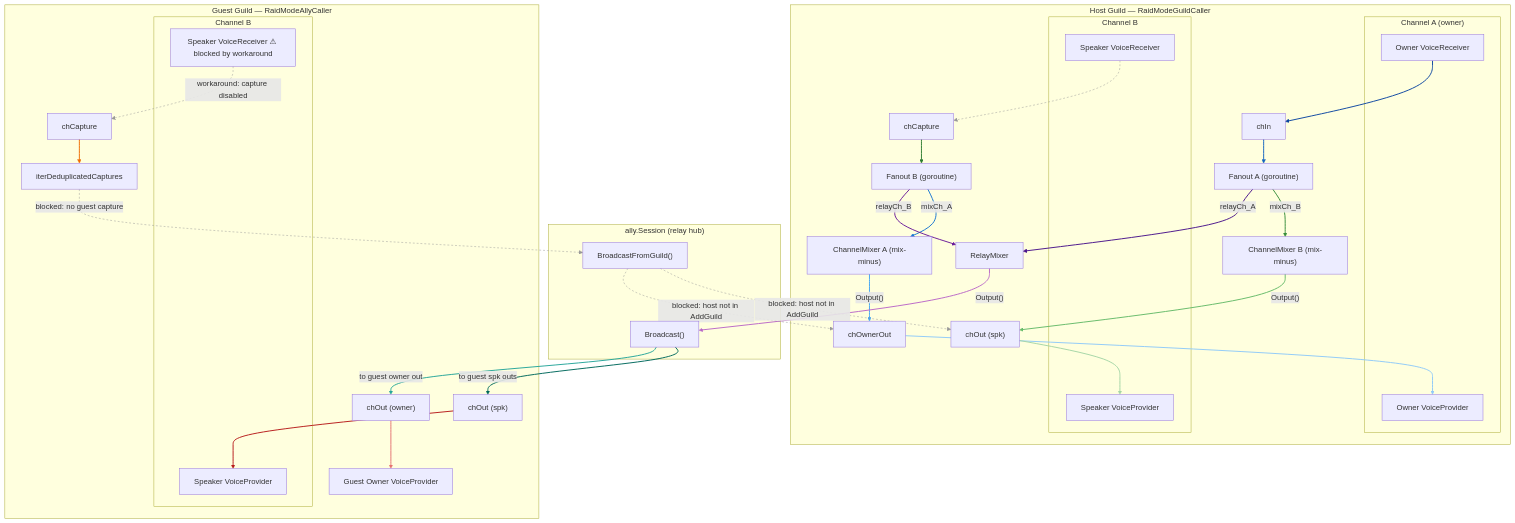
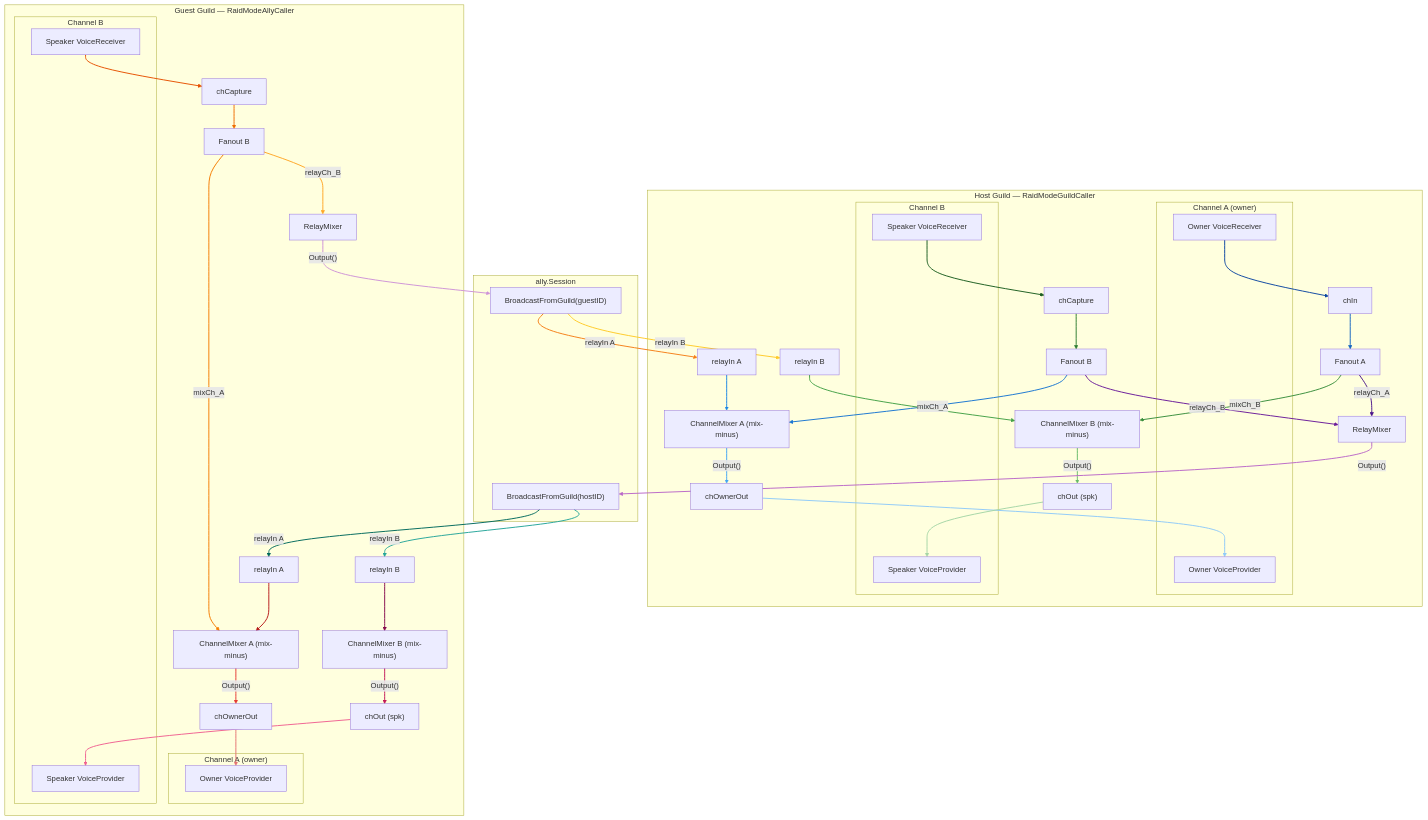
Before and after one commit to sealbro/go-discord-caller: the third of 3 diagrams in VOICE_FLOW.md, drawn with Mermaid. The commit also changed other lines of this file and 2 other files, not shown here.

Commit message:
docs: update README.md and voice flow diagram to reflect new multi-caller

````diff
--- a/VOICE_FLOW.md
+++ b/VOICE_FLOW.md
@@ -260,13 +253,15 @@
 
         HchIn["chIn"]
         HchCap["chCapture"]
-        HFanA["Fanout A (goroutine)"]
-        HFanB["Fanout B (goroutine)"]
+        HFanA["Fanout A"]
+        HFanB["Fanout B"]
         HMixA["ChannelMixer A (mix-minus)"]
         HMixB["ChannelMixer B (mix-minus)"]
         HRelayMix["RelayMixer"]
         HchOwnerOut["chOwnerOut"]
         HchOut["chOut (spk)"]
+        HRelayInA["relayIn A"]
+        HRelayInB["relayIn B"]
 
         HOwnerVR --> HchIn  --> HFanA
         HSpkVR   --> HchCap --> HFanB
@@ -276,98 +271,135 @@
         HFanB -- "mixCh_A"   --> HMixA
         HFanB -- "relayCh_B" --> HRelayMix
 
+        HRelayInA --> HMixA
+        HRelayInB --> HMixB
+
         HMixA -- "Output()" --> HchOwnerOut --> HOwnerVP
         HMixB -- "Output()" --> HchOut      --> HSpkVP
     end
 
-    subgraph SESSION["ally.Session (relay hub)"]
-        Broadcast["Broadcast()"]
-        BroadcastFrom["BroadcastFromGuild()"]
+    subgraph SESSION["ally.Session"]
+        BFGHost["BroadcastFromGuild(hostID)"]
+        BFGGuest["BroadcastFromGuild(guestID)"]
     end
 
-    HRelayMix -- "Output()" --> Broadcast
+    HRelayMix -- "Output()" --> BFGHost
 
     subgraph GUEST["Guest Guild — RaidModeAllyCaller"]
+        subgraph GChA["Channel A (owner)"]
+            GOwnerVP["Owner VoiceProvider"]
+        end
         subgraph GChB["Channel B"]
-            GSpkVR["Speaker VoiceReceiver ⚠ blocked by workaround"]
+            GSpkVR["Speaker VoiceReceiver"]
             GSpkVP["Speaker VoiceProvider"]
         end
-        GOwnerVP["Guest Owner VoiceProvider"]
 
         GchCap["chCapture"]
-        GDedup["iterDeduplicatedCaptures"]
+        GFanB["Fanout B"]
+        GMixA["ChannelMixer A (mix-minus)"]
+        GMixB["ChannelMixer B (mix-minus)"]
+        GRelayMix["RelayMixer"]
+        GchOwnerOut["chOwnerOut"]
         GchOut["chOut (spk)"]
-        GchOwnerOut["chOut (owner)"]
+        GRelayInA["relayIn A"]
+        GRelayInB["relayIn B"]
 
-        GSpkVR -. "workaround: capture disabled" .-> GchCap
-        GchCap --> GDedup
-        GchOut      --> GSpkVP
-        GchOwnerOut --> GOwnerVP
+        GSpkVR --> GchCap --> GFanB
+
+        GFanB -- "mixCh_A"   --> GMixA
+        GFanB -- "relayCh_B" --> GRelayMix
+
+        GRelayInA --> GMixA
+        GRelayInB --> GMixB
+
+        GMixA -- "Output()" --> GchOwnerOut --> GOwnerVP
+        GMixB -- "Output()" --> GchOut      --> GSpkVP
     end
 
-    GDedup        -. "blocked: no guest capture" .-> BroadcastFrom
-    Broadcast     -- "to guest spk outs"  --> GchOut
-    Broadcast     -- "to guest owner out" --> GchOwnerOut
-    BroadcastFrom -. "blocked: host not in AddGuild" .-> HchOut
-    BroadcastFrom -. "blocked: host not in AddGuild" .-> HchOwnerOut
+    GRelayMix -- "Output()" --> BFGGuest
+
+    BFGHost  -- "relayIn A" --> GRelayInA
+    BFGHost  -- "relayIn B" --> GRelayInB
+    BFGGuest -- "relayIn A" --> HRelayInA
+    BFGGuest -- "relayIn B" --> HRelayInB
 
     %% link indices:
     %%  0  : HOwnerVR → HchIn
     %%  1  : HchIn → HFanA
-    %%  2  : HSpkVR → HchCap         (dashed — workaround)
+    %%  2  : HSpkVR → HchCap
     %%  3  : HchCap → HFanB
     %%  4  : HFanA → HMixB
     %%  5  : HFanA → HRelayMix
     %%  6  : HFanB → HMixA
     %%  7  : HFanB → HRelayMix
-    %%  8  : HMixA → HchOwnerOut
-    %%  9  : HchOwnerOut → HOwnerVP
-    %%  10 : HMixB → HchOut
-    %%  11 : HchOut → HSpkVP
-    %%  12 : HRelayMix → Broadcast
-    %%  13 : GSpkVR → GchCap         (dashed — workaround)
-    %%  14 : GchCap → GDedup
-    %%  15 : GchOut → GSpkVP
-    %%  16 : GchOwnerOut → GOwnerVP
-    %%  17 : GDedup → BroadcastFrom  (dashed — blocked)
-    %%  18 : Broadcast → GchOut
-    %%  19 : Broadcast → GchOwnerOut
-    %%  20 : BroadcastFrom → HchOut  (dashed — blocked)
-    %%  21 : BroadcastFrom → HchOwnerOut (dashed — blocked)
+    %%  8  : HRelayInA → HMixA
+    %%  9  : HRelayInB → HMixB
+    %%  10 : HMixA → HchOwnerOut
+    %%  11 : HchOwnerOut → HOwnerVP
+    %%  12 : HMixB → HchOut
+    %%  13 : HchOut → HSpkVP
+    %%  14 : HRelayMix → BFGHost
+    %%  15 : GSpkVR → GchCap
+    %%  16 : GchCap → GFanB
+    %%  17 : GFanB → GMixA
+    %%  18 : GFanB → GRelayMix
+    %%  19 : GRelayInA → GMixA
+    %%  20 : GRelayInB → GMixB
+    %%  21 : GMixA → GchOwnerOut
+    %%  22 : GchOwnerOut → GOwnerVP
+    %%  23 : GMixB → GchOut
+    %%  24 : GchOut → GSpkVP
+    %%  25 : GRelayMix → BFGGuest
+    %%  26 : BFGHost → GRelayInA
+    %%  27 : BFGHost → GRelayInB
+    %%  28 : BFGGuest → HRelayInA
+    %%  29 : BFGGuest → HRelayInB
 
     %% Host Ch A (owner) — blue shades, dark→light
     linkStyle 0  stroke:#0d47a1,stroke-width:2px
     linkStyle 1  stroke:#1565c0,stroke-width:2px
     linkStyle 6  stroke:#1976d2,stroke-width:2px
-    linkStyle 8  stroke:#42a5f5,stroke-width:2px
-    linkStyle 9  stroke:#90caf9,stroke-width:2px
+    linkStyle 8  stroke:#1e88e5,stroke-width:2px
+    linkStyle 10 stroke:#42a5f5,stroke-width:2px
+    linkStyle 11 stroke:#90caf9,stroke-width:2px
 
     %% Host Ch B (speaker) — green shades, dark→light
+    linkStyle 2  stroke:#1b5e20,stroke-width:2px
     linkStyle 3  stroke:#2e7d32,stroke-width:2px
     linkStyle 4  stroke:#388e3c,stroke-width:2px
-    linkStyle 10 stroke:#66bb6a,stroke-width:2px
-    linkStyle 11 stroke:#a5d6a7,stroke-width:2px
+    linkStyle 9  stroke:#43a047,stroke-width:2px
+    linkStyle 12 stroke:#66bb6a,stroke-width:2px
+    linkStyle 13 stroke:#a5d6a7,stroke-width:2px
 
-    %% Host relay path — purple shades
+    %% Host relay — purple shades
     linkStyle 5  stroke:#4a148c,stroke-width:2px
     linkStyle 7  stroke:#6a1b9a,stroke-width:2px
-    linkStyle 12 stroke:#ba68c8,stroke-width:2px
+    linkStyle 14 stroke:#ba68c8,stroke-width:2px
 
-    %% Guest capture path (blocked) — grey dashed
-    linkStyle 2  stroke:#999,stroke-width:1px,stroke-dasharray:4
-    linkStyle 13 stroke:#999,stroke-width:1px,stroke-dasharray:4
-    linkStyle 14 stroke:#ef6c00,stroke-width:2px
-    linkStyle 17 stroke:#999,stroke-width:1px,stroke-dasharray:4
+    %% Guest Ch B (speaker) capture — orange shades, dark→light
+    linkStyle 15 stroke:#e65100,stroke-width:2px
+    linkStyle 16 stroke:#ef6c00,stroke-width:2px
+    linkStyle 17 stroke:#f57c00,stroke-width:2px
+    linkStyle 18 stroke:#ffa726,stroke-width:2px
 
-    %% Host → Guest broadcast — teal shades
-    linkStyle 18 stroke:#00695c,stroke-width:2px
-    linkStyle 19 stroke:#26a69a,stroke-width:2px
+    %% Guest Ch A (owner) output — red shades
+    linkStyle 19 stroke:#b71c1c,stroke-width:2px
+    linkStyle 21 stroke:#e53935,stroke-width:2px
+    linkStyle 22 stroke:#e57373,stroke-width:2px
 
-    %% Guest → Host broadcast (blocked) — grey dashed
-    linkStyle 20 stroke:#999,stroke-width:1px,stroke-dasharray:4
-    linkStyle 21 stroke:#999,stroke-width:1px,stroke-dasharray:4
+    %% Guest Ch B output — pink shades
+    linkStyle 20 stroke:#880e4f,stroke-width:2px
+    linkStyle 23 stroke:#c2185b,stroke-width:2px
+    linkStyle 24 stroke:#f06292,stroke-width:2px
 
-    %% Guest provider outputs — red shades
-    linkStyle 15 stroke:#b71c1c,stroke-width:2px
-    linkStyle 16 stroke:#e57373,stroke-width:2px
+    %% Guest relay — purple shades (lighter than host)
+    linkStyle 25 stroke:#ce93d8,stroke-width:2px
+
+    %% Host → Guest relay delivery — teal shades
+    linkStyle 26 stroke:#00695c,stroke-width:2px
+    linkStyle 27 stroke:#26a69a,stroke-width:2px
+
+    %% Guest → Host relay delivery — gold shades
+    linkStyle 28 stroke:#f57f17,stroke-width:2px
+    linkStyle 29 stroke:#ffca28,stroke-width:2px
 ```
````
